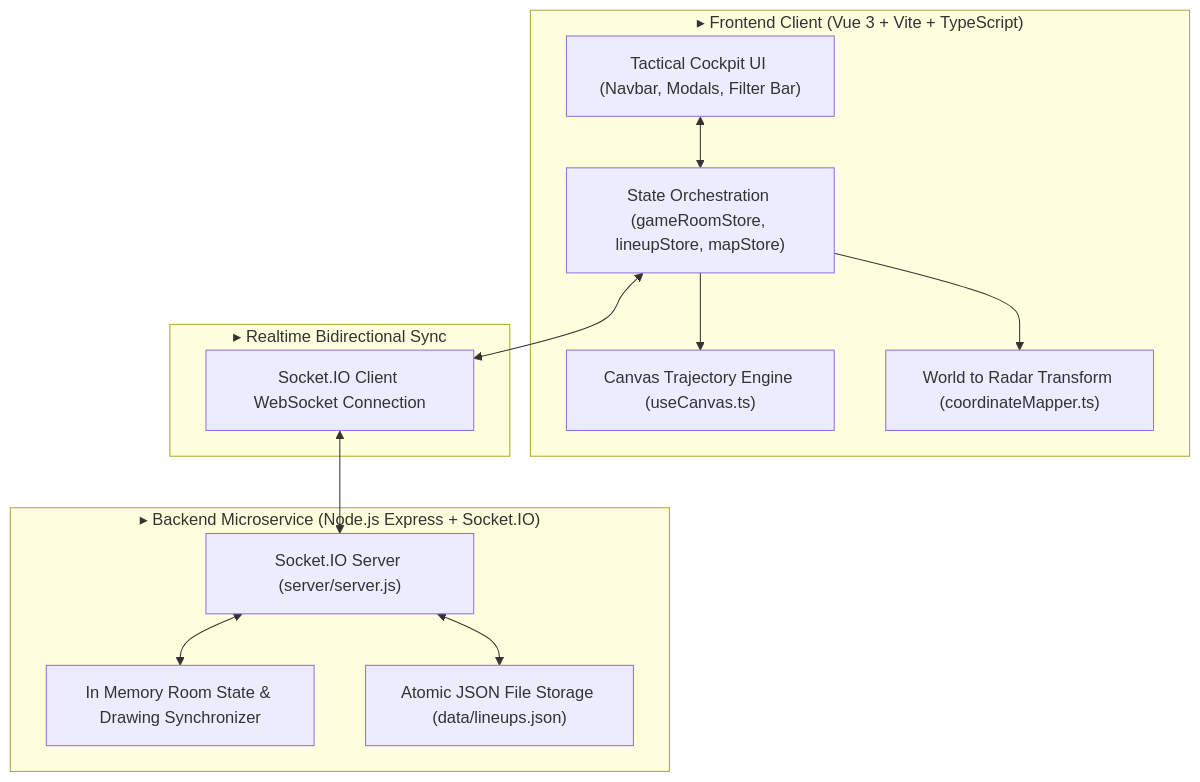
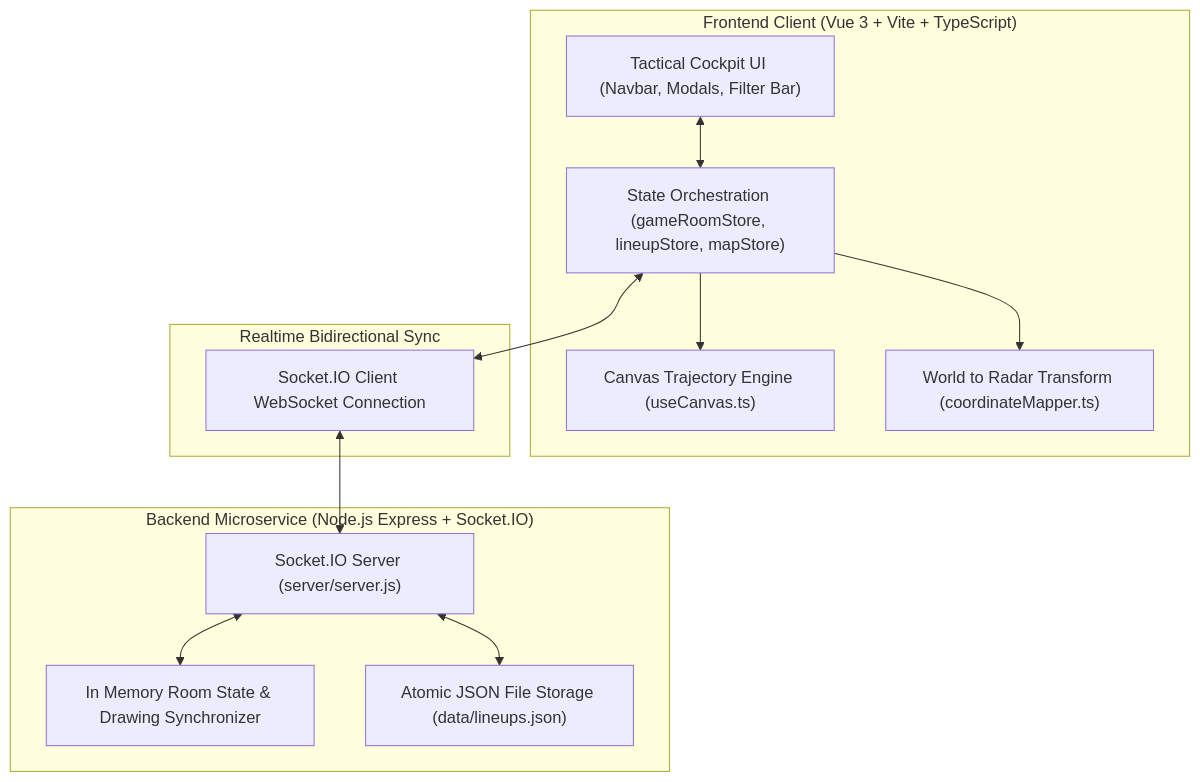
One commit to IAndrexI/documentation changed the diagram in docs/apps/cs2nades/index.md. Above: the diagram before and after it, drawn with Mermaid. The commit also changed other lines of this file and 39 other files, not shown here.

````diff
--- a/docs/apps/cs2nades/index.md
+++ b/docs/apps/cs2nades/index.md
@@ -7,28 +7,28 @@
 ```mermaid
 graph TD
-    subgraph ClientLayer["▸ Frontend Client (Vue 3 + Vite + TypeScript)"]
+    subgraph ClientLayer["Frontend Client (Vue 3 + Vite + TypeScript)"]
         UI["Tactical Cockpit UI (Navbar, Modals, Filter Bar)"]
         Pinia["State Orchestration (gameRoomStore, lineupStore, mapStore)"]
         CanvasEngine["Canvas Trajectory Engine (useCanvas.ts)"]
         CoordMapper["World to Radar Transform (coordinateMapper.ts)"]
         
         UI <--> Pinia
         Pinia --> CanvasEngine
         Pinia --> CoordMapper
     end
 
-    subgraph TransportLayer["▸ Realtime Bidirectional Sync"]
+    subgraph TransportLayer["Realtime Bidirectional Sync"]
         ClientSocket["Socket.IO Client WebSocket Connection"]
         Pinia <--> ClientSocket
     end
 
-    subgraph ServerLayer["▸ Backend Microservice (Node.js Express + Socket.IO)"]
+    subgraph ServerLayer["Backend Microservice (Node.js Express + Socket.IO)"]
         ServerSocket["Socket.IO Server (server/server.js)"]
         RoomState["In Memory Room State & Drawing Synchronizer"]
         LineupStore["Atomic JSON File Storage (data/lineups.json)"]
         
         ClientSocket <--> ServerSocket
         ServerSocket <--> RoomState
         ServerSocket <--> LineupStore
     end
 ```
````
